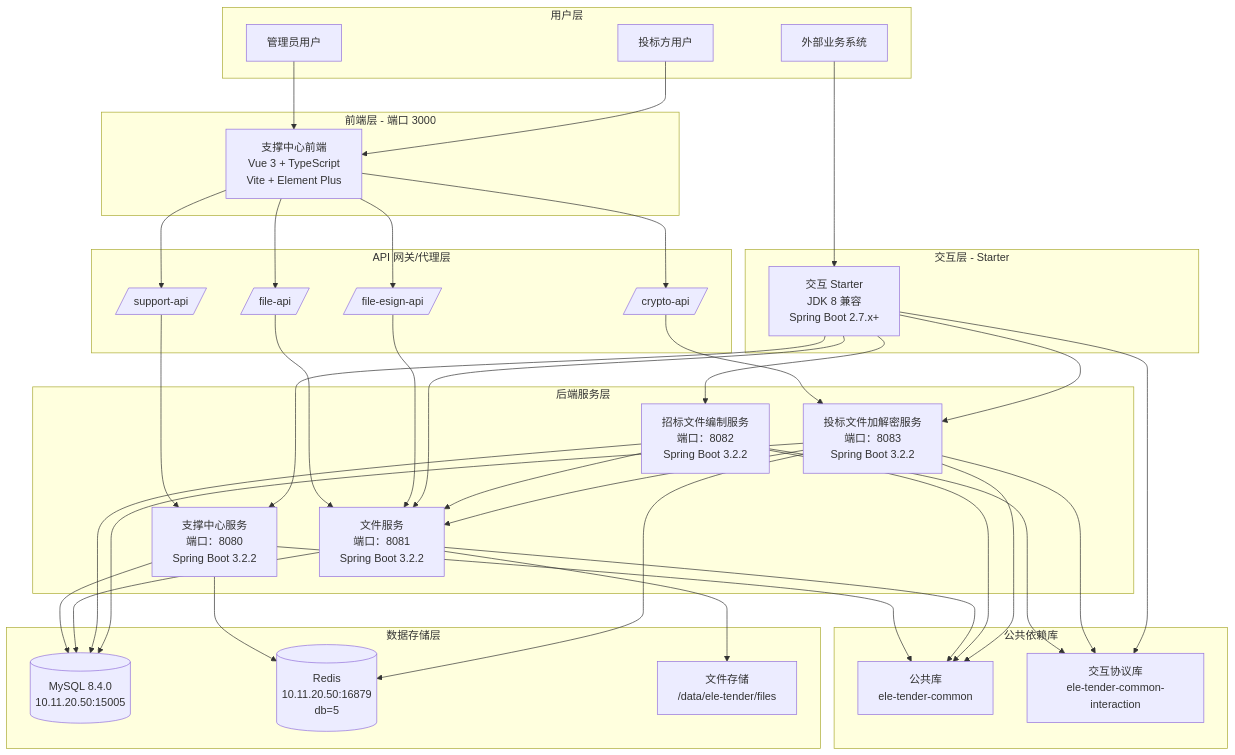
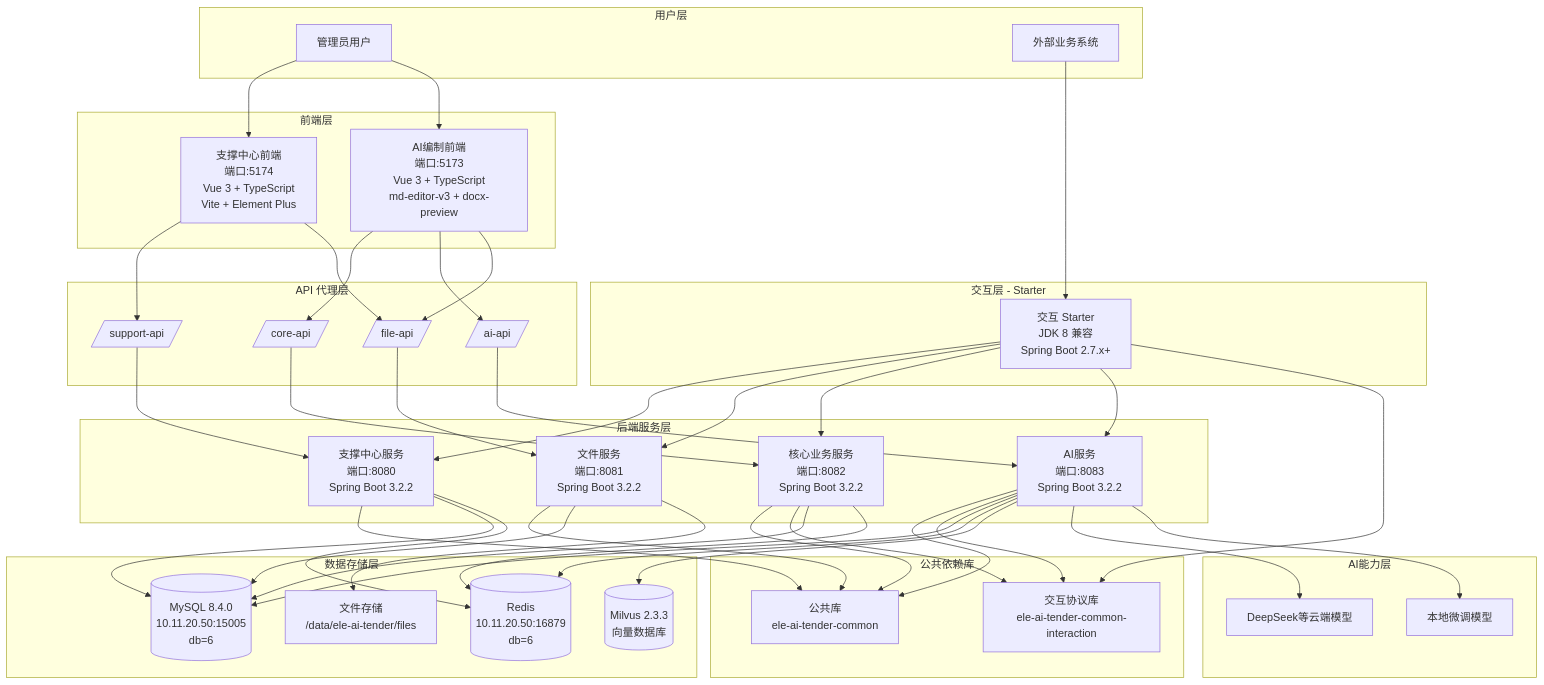
The first of 8 diagrams in docs/guides/系统架构设计文档.md (DrunkFood/First), drawn with Mermaid before and after one commit. The commit also changed other lines of this file and 9 other files, not shown here.

````diff
--- a/docs/guides/系统架构设计文档.md
+++ b/docs/guides/系统架构设计文档.md
@@ -24,26 +24,26 @@
 graph TB
     subgraph "用户层"
         Admin[管理员用户]
-        Bidder[投标方用户]
         ExternalSystem[外部业务系统]
     end
 
-    subgraph "前端层 - 端口 3000"
-        Frontend[支撑中心前端<br/>Vue 3 + TypeScript<br/>Vite + Element Plus]
+    subgraph "前端层"
+        SupportFrontend[支撑中心前端<br/>端口:5174<br/>Vue 3 + TypeScript<br/>Vite + Element Plus]
+        AiFrontend[AI编制前端<br/>端口:5173<br/>Vue 3 + TypeScript<br/>md-editor-v3 + docx-preview]
     end
 
-    subgraph "API 网关/代理层"
+    subgraph "API 代理层"
         SupportAPI[/support-api/]
+        CoreAPI[/core-api/]
+        AiAPI[/ai-api/]
         FileAPI[/file-api/]
-        EsignAPI[/file-esign-api/]
-        CryptoAPI[/crypto-api/]
     end
 
     subgraph "后端服务层"
-        Support[支撑中心服务<br/>端口：8080<br/>Spring Boot 3.2.2]
-        File[文件服务<br/>端口：8081<br/>Spring Boot 3.2.2]
-        TenderDoc[招标文件编制服务<br/>端口：8082<br/>Spring Boot 3.2.2]
-        Crypto[投标文件加解密服务<br/>端口：8083<br/>Spring Boot 3.2.2]
+        Support[支撑中心服务<br/>端口:8080<br/>Spring Boot 3.2.2]
+        File[文件服务<br/>端口:8081<br/>Spring Boot 3.2.2]
+        Core[核心业务服务<br/>端口:8082<br/>Spring Boot 3.2.2]
+        Ai[AI服务<br/>端口:8083<br/>Spring Boot 3.2.2]
     end
 
     subgraph "交互层 - Starter"
@@ -51,50 +51,59 @@
     end
 
     subgraph "数据存储层"
-        MySQL[(MySQL 8.4.0<br/>10.11.20.50:15005)]
-        Redis[(Redis<br/>10.11.20.50:16879<br/>db=5)]
-        FileStorage[文件存储<br/>/data/ele-tender/files]
+        MySQL[(MySQL 8.4.0<br/>10.11.20.50:15005<br/>db=6)]
+        Redis[(Redis<br/>10.11.20.50:16879<br/>db=6)]
+        Milvus[(Milvus 2.3.3<br/>向量数据库)]
+        FileStorage[文件存储<br/>/data/ele-ai-tender/files]
+    end
+
+    subgraph "AI能力层"
+        DeepSeek[DeepSeek等云端模型]
+        LocalModel[本地微调模型]
     end
 
     subgraph "公共依赖库"
-        Common[公共库<br/>ele-tender-common]
-        CommonInteraction[交互协议库<br/>ele-tender-common-interaction]
+        Common[公共库<br/>ele-ai-tender-common]
+        CommonInteraction[交互协议库<br/>ele-ai-tender-common-interaction]
     end
 
-    Admin --> Frontend
-    Bidder --> Frontend
+    Admin --> SupportFrontend
+    Admin --> AiFrontend
     ExternalSystem --> Interaction
 
-    Frontend --> SupportAPI
-    Frontend --> FileAPI
-    Frontend --> EsignAPI
-    Frontend --> CryptoAPI
+    SupportFrontend --> SupportAPI
+    SupportFrontend --> FileAPI
+    AiFrontend --> CoreAPI
+    AiFrontend --> AiAPI
+    AiFrontend --> FileAPI
 
     SupportAPI --> Support
+    CoreAPI --> Core
+    AiAPI --> Ai
     FileAPI --> File
-    EsignAPI --> File
-    CryptoAPI --> Crypto
 
     Interaction --> Support
     Interaction --> File
-    Interaction --> TenderDoc
-    Interaction --> Crypto
+    Interaction --> Core
+    Interaction --> Ai
 
     Support --> Common
     File --> Common
-    TenderDoc --> Common
-    Crypto --> Common
-    TenderDoc --> CommonInteraction
-    Crypto --> CommonInteraction
+    Core --> Common
+    Ai --> Common
+    Core --> CommonInteraction
+    Ai --> CommonInteraction
     Interaction --> CommonInteraction
 
     Support --> MySQL
     Support --> Redis
     File --> MySQL
     File --> FileStorage
-    TenderDoc --> MySQL
-    TenderDoc --> File
-    Crypto --> MySQL
-    Crypto --> Redis
-    Crypto --> File
+    Core --> MySQL
+    Core --> Redis
+    Ai --> MySQL
+    Ai --> Redis
+    Ai --> Milvus
+    Ai --> DeepSeek
+    Ai --> LocalModel
 ```
````
